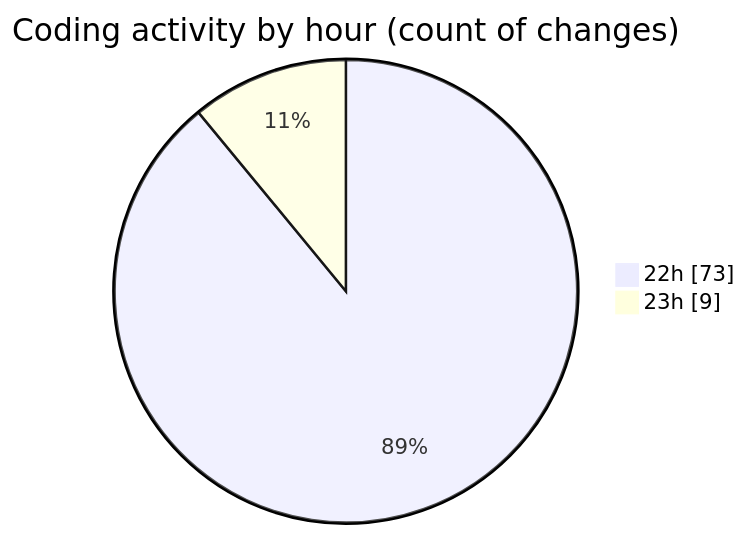
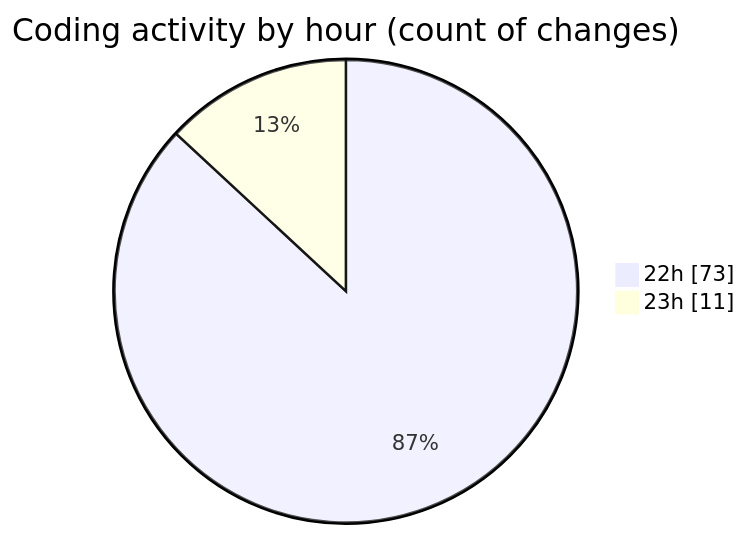
Before and after one commit to Ritupan-Deka/code-tracking: the second of 2 diagrams in 2025-10-07/url-shortener/README.md, drawn with Mermaid. The commit also changed other lines of this file and 1 other file, not shown here.

````diff
--- a/2025-10-07/url-shortener/README.md
+++ b/2025-10-07/url-shortener/README.md
@@ -32,6 +32,6 @@
 ```mermaid
 pie showData
 title Coding activity by hour (count of changes)
 "22h" : 73
-"23h" : 9
+"23h" : 11
 ```
````
